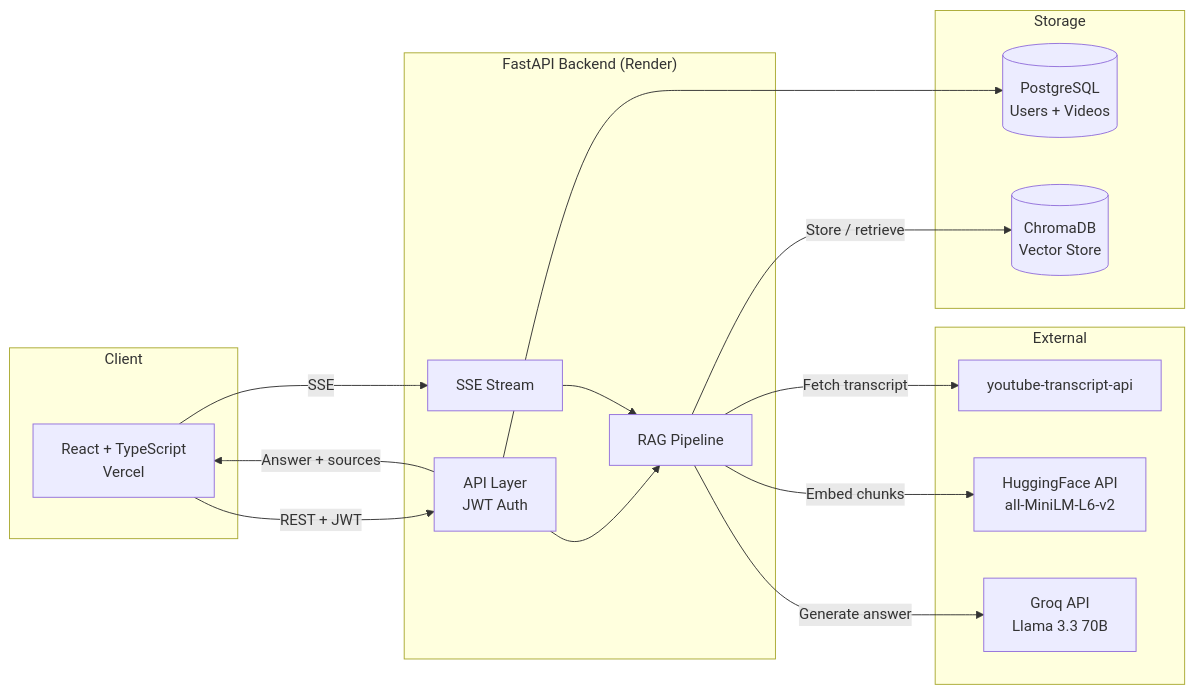
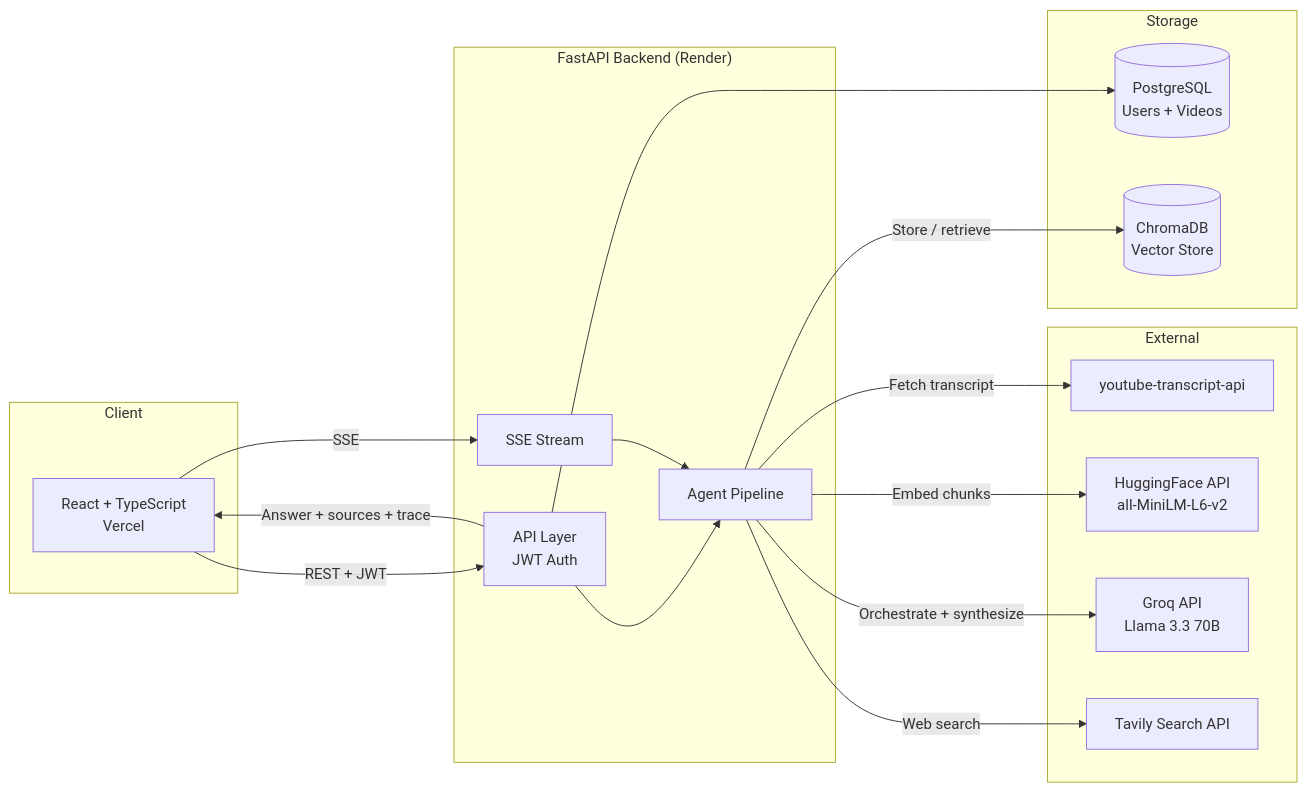
One commit to shruthi-hariprasad/youtube-rag changed the diagram in README.md. Above: the diagram before and after it, drawn with Mermaid. The commit also changed other lines of this file and 5 other files, not shown here.

First line of the commit message:
Add agentic query pipeline with web search and reasoning trace

````diff
--- a/README.md
+++ b/README.md
@@ -30,30 +31,32 @@
 ```mermaid
 flowchart LR
     subgraph Client
         A[React + TypeScript\nVercel]
     end
     subgraph Backend ["FastAPI Backend (Render)"]
         B[API Layer\nJWT Auth]
-        C[RAG Pipeline]
+        C[Agent Pipeline]
         D[SSE Stream]
     end
     subgraph Storage
         E[(PostgreSQL\nUsers + Videos)]
         F[(ChromaDB\nVector Store)]
     end
     subgraph External
         G[youtube-transcript-api]
         H[HuggingFace API\nall-MiniLM-L6-v2]
         I[Groq API\nLlama 3.3 70B]
+        J[Tavily Search API]
     end
     A -->|REST + JWT| B
     A -->|SSE| D
     B --> E
     B --> C
     D --> C
     C -->|Fetch transcript| G
     C -->|Embed chunks| H
     C -->|Store / retrieve| F
-    C -->|Generate answer| I
-    B -->|Answer + sources| A
+    C -->|Orchestrate + synthesize| I
+    C -->|Web search| J
+    B -->|Answer + sources + trace| A
 ```
````
